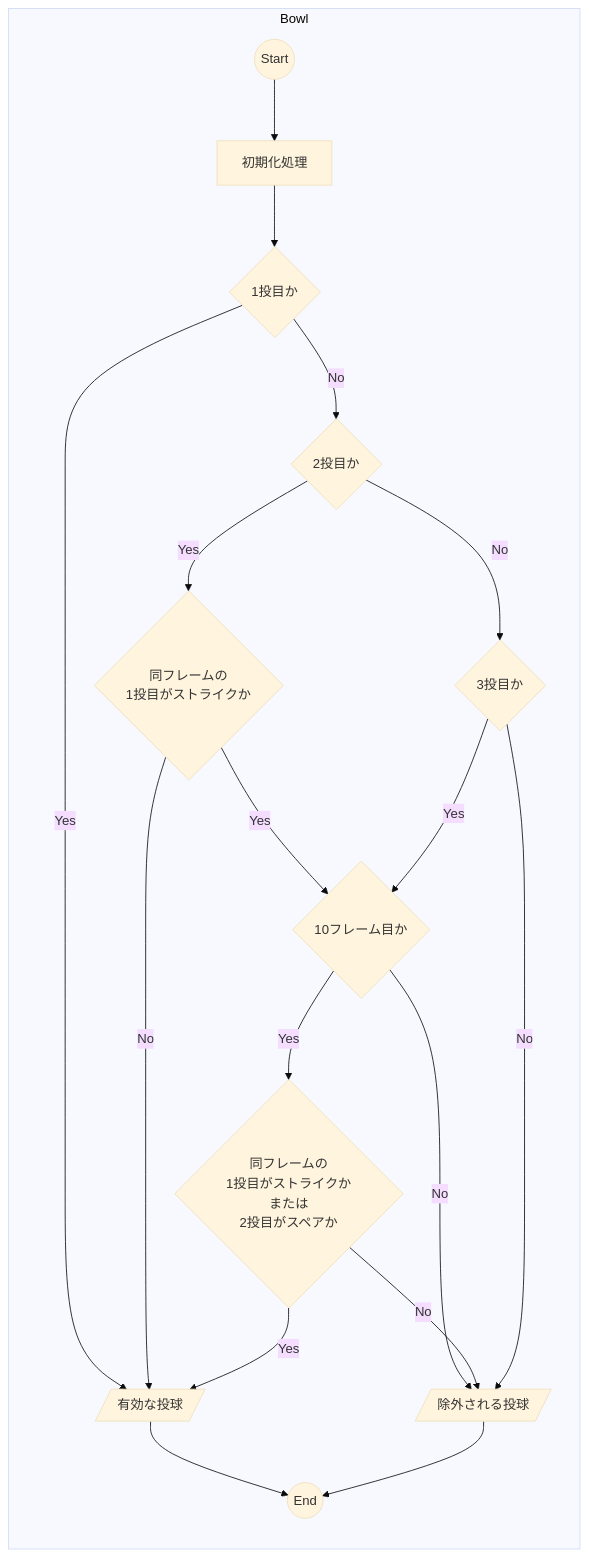
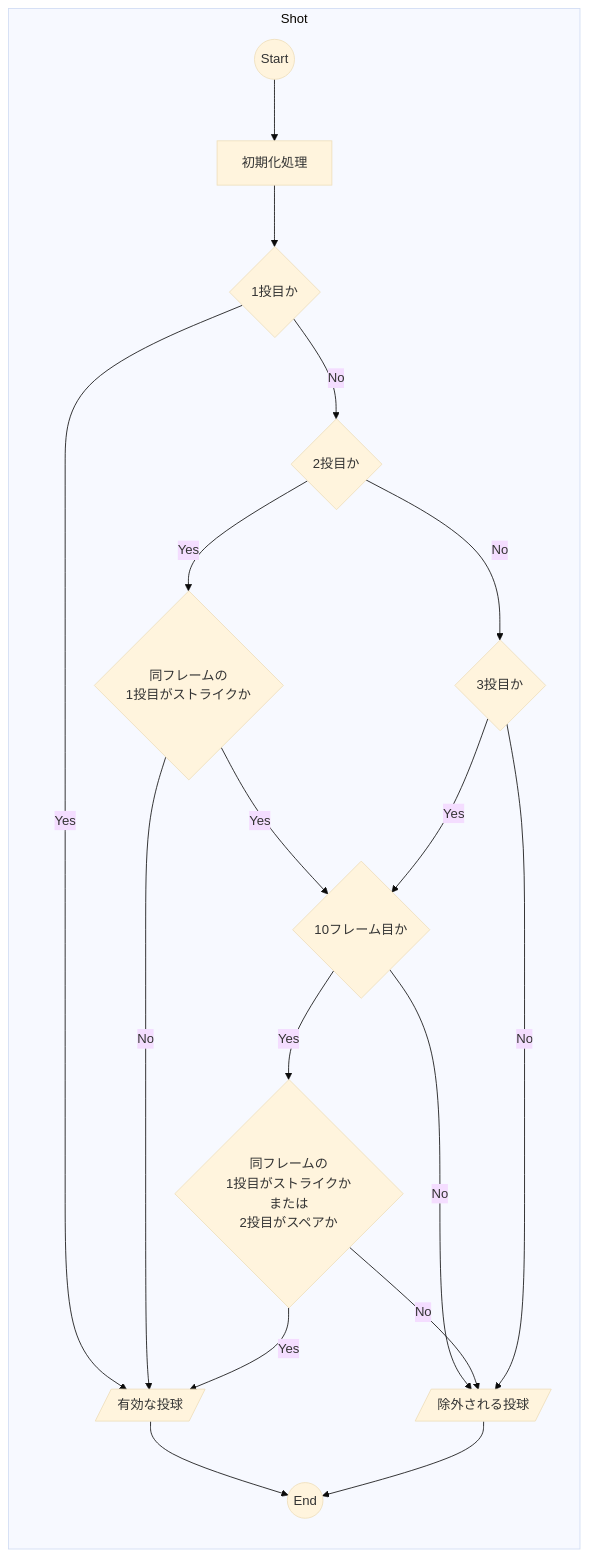
Before and after one commit to maeda-m/ruby-practices: the third of 4 diagrams in 04.bowling/NOTE.md, drawn with Mermaid (base theme). The commit also changed other lines of this file and 1 other file, not shown here.

Commit message:
ドキュメントが実態と異なっていたので修正した

````diff
--- a/04.bowling/NOTE.md
+++ b/04.bowling/NOTE.md
@@ -76,42 +76,42 @@
 ```mermaid
 flowchart LR
-  subgraph Bowl
+  subgraph Shot
     b-a((Start))
     b-initialize[初期化処理]
 
-    b-bowl-exclude-judge-first-bowl{1投目か}
-    b-bowl-exclude-judge-second-bowl{2投目か}
-    b-bowl-exclude-judge-third-bowl{3投目か}
+    b-shot-exclude-judge-first-shot{1投目か}
+    b-shot-exclude-judge-second-shot{2投目か}
+    b-shot-exclude-judge-third-shot{3投目か}
 
-    b-bowl-exclude-judge-frame-num{10フレーム目か}
-    b-bowl-exclude-judge-first-bowl-is-strike{同フレームの<br>1投目がストライクか}
+    b-shot-exclude-judge-frame-num{10フレーム目か}
+    b-shot-exclude-judge-first-shot-is-strike{同フレームの<br>1投目がストライクか}
 
-    b-bowl-exclude-judge-bowl-is-marked{同フレームの<br>1投目がストライクか<br>または<br>2投目がスペアか}
+    b-shot-exclude-judge-shot-is-marked{同フレームの<br>1投目がストライクか<br>または<br>2投目がスペアか}
 
     b-bolw-excluded-false[/有効な投球/]
     b-bolw-excluded-true[/除外される投球/]
 
     b-z((End))
 
-    b-a --> b-initialize --> b-bowl-exclude-judge-first-bowl -- Yes --> b-bolw-excluded-false
-    b-bowl-exclude-judge-first-bowl -- No --> b-bowl-exclude-judge-second-bowl
+    b-a --> b-initialize --> b-shot-exclude-judge-first-shot -- Yes --> b-bolw-excluded-false
+    b-shot-exclude-judge-first-shot -- No --> b-shot-exclude-judge-second-shot
 
-    b-bowl-exclude-judge-second-bowl -- Yes --> b-bowl-exclude-judge-first-bowl-is-strike
-    b-bowl-exclude-judge-second-bowl -- No --> b-bowl-exclude-judge-third-bowl
+    b-shot-exclude-judge-second-shot -- Yes --> b-shot-exclude-judge-first-shot-is-strike
+    b-shot-exclude-judge-second-shot -- No --> b-shot-exclude-judge-third-shot
 
-    b-bowl-exclude-judge-first-bowl-is-strike -- Yes --> b-bowl-exclude-judge-frame-num
-    b-bowl-exclude-judge-first-bowl-is-strike -- No --> b-bolw-excluded-false
+    b-shot-exclude-judge-first-shot-is-strike -- Yes --> b-shot-exclude-judge-frame-num
+    b-shot-exclude-judge-first-shot-is-strike -- No --> b-bolw-excluded-false
 
-    b-bowl-exclude-judge-frame-num --Yes --> b-bowl-exclude-judge-bowl-is-marked
-    b-bowl-exclude-judge-frame-num --No --> b-bolw-excluded-true
+    b-shot-exclude-judge-frame-num --Yes --> b-shot-exclude-judge-shot-is-marked
+    b-shot-exclude-judge-frame-num --No --> b-bolw-excluded-true
 
-    b-bowl-exclude-judge-bowl-is-marked -- Yes --> b-bolw-excluded-false
-    b-bowl-exclude-judge-bowl-is-marked -- No --> b-bolw-excluded-true
+    b-shot-exclude-judge-shot-is-marked -- Yes --> b-bolw-excluded-false
+    b-shot-exclude-judge-shot-is-marked -- No --> b-bolw-excluded-true
 
-    b-bowl-exclude-judge-third-bowl -- Yes --> b-bowl-exclude-judge-frame-num
-    b-bowl-exclude-judge-third-bowl -- No --> b-bolw-excluded-true
+    b-shot-exclude-judge-third-shot -- Yes --> b-shot-exclude-judge-frame-num
+    b-shot-exclude-judge-third-shot -- No --> b-bolw-excluded-true
 
-    b-bolw-excluded-false --> b-z
+    b-bolw-excluded-false --> b-z((End))
     b-bolw-excluded-true --> b-z
   end
 ```
````
